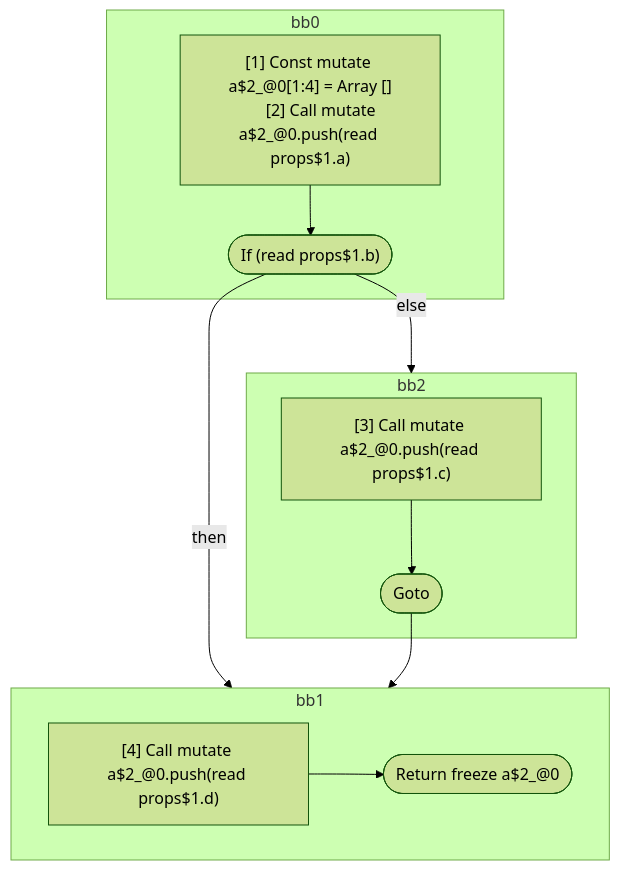
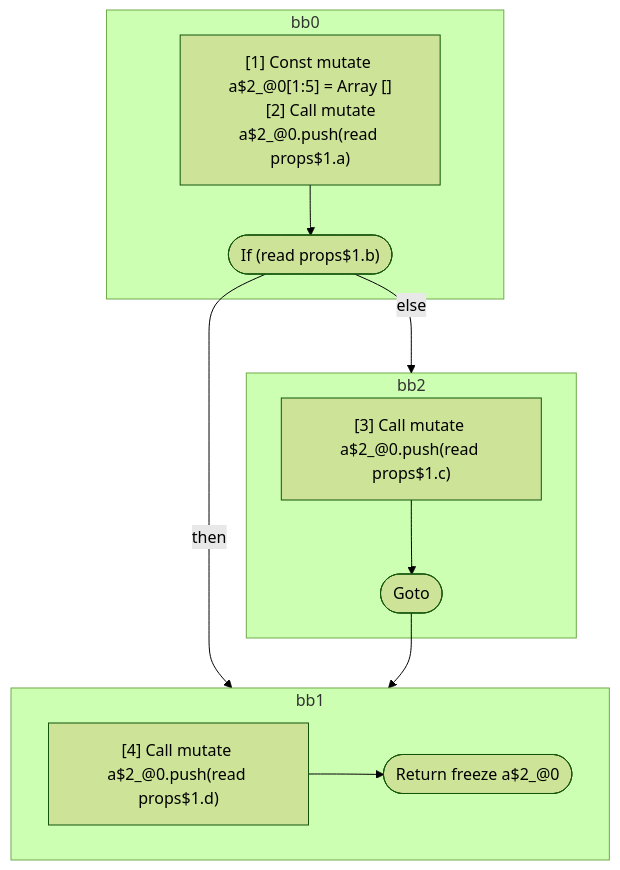
Before and after one commit to wutsmog/private: the fifth of 5 diagrams in compiler/forget/src/__tests__/fixtures/hir/conditional-break.expect.md, drawn with Mermaid (forest theme). The commit also changed other lines of this file and 45 other files, not shown here.

````diff
--- a/compiler/forget/src/__tests__/fixtures/hir/conditional-break.expect.md
+++ b/compiler/forget/src/__tests__/fixtures/hir/conditional-break.expect.md
@@ -353,29 +353,29 @@
 ```mermaid
 flowchart TB
   %% Basic Blocks
   subgraph bb0
     bb0_instrs["
-      [1] Const mutate a$2_@0[1:4] = Array []
+      [1] Const mutate a$2_@0[1:5] = Array []
       [2] Call mutate a$2_@0.push(read props$1.a)
     "]
     bb0_instrs --> bb0_terminal(["If (read props$1.b)"])
   end
   subgraph bb2
     bb2_instrs["
       [3] Call mutate a$2_@0.push(read props$1.c)
     "]
     bb2_instrs --> bb2_terminal(["Goto"])
   end
   subgraph bb1
     bb1_instrs["
       [4] Call mutate a$2_@0.push(read props$1.d)
     "]
     bb1_instrs --> bb1_terminal(["Return freeze a$2_@0"])
   end
 
   %% Jumps
   bb0_terminal -- "then" --> bb1
   bb0_terminal -- "else" --> bb2
   bb2_terminal --> bb1
 
 ```
````
